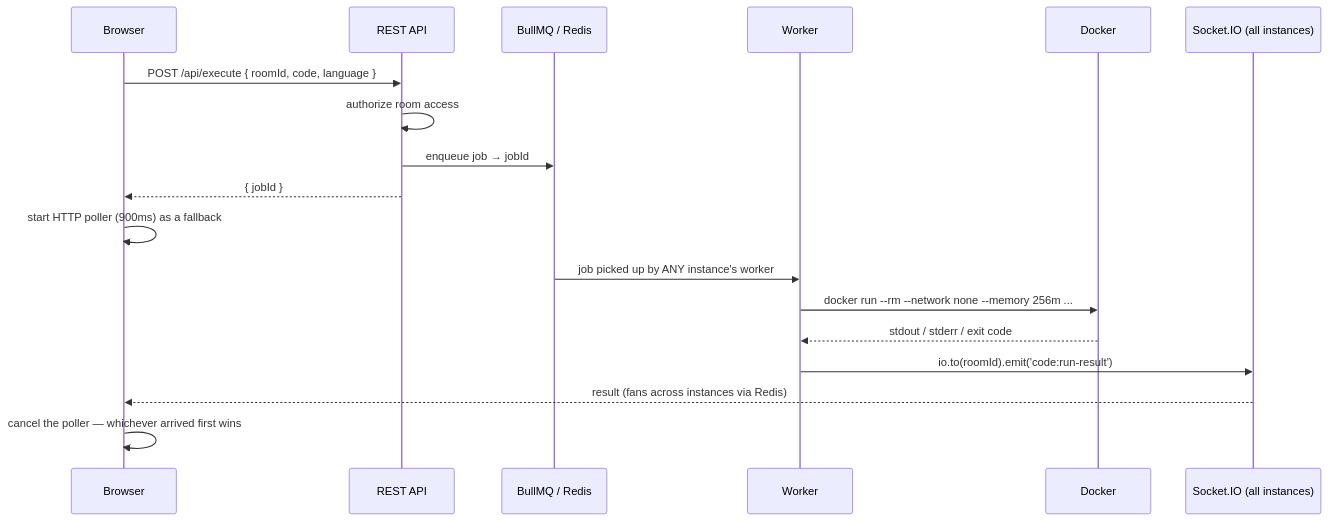
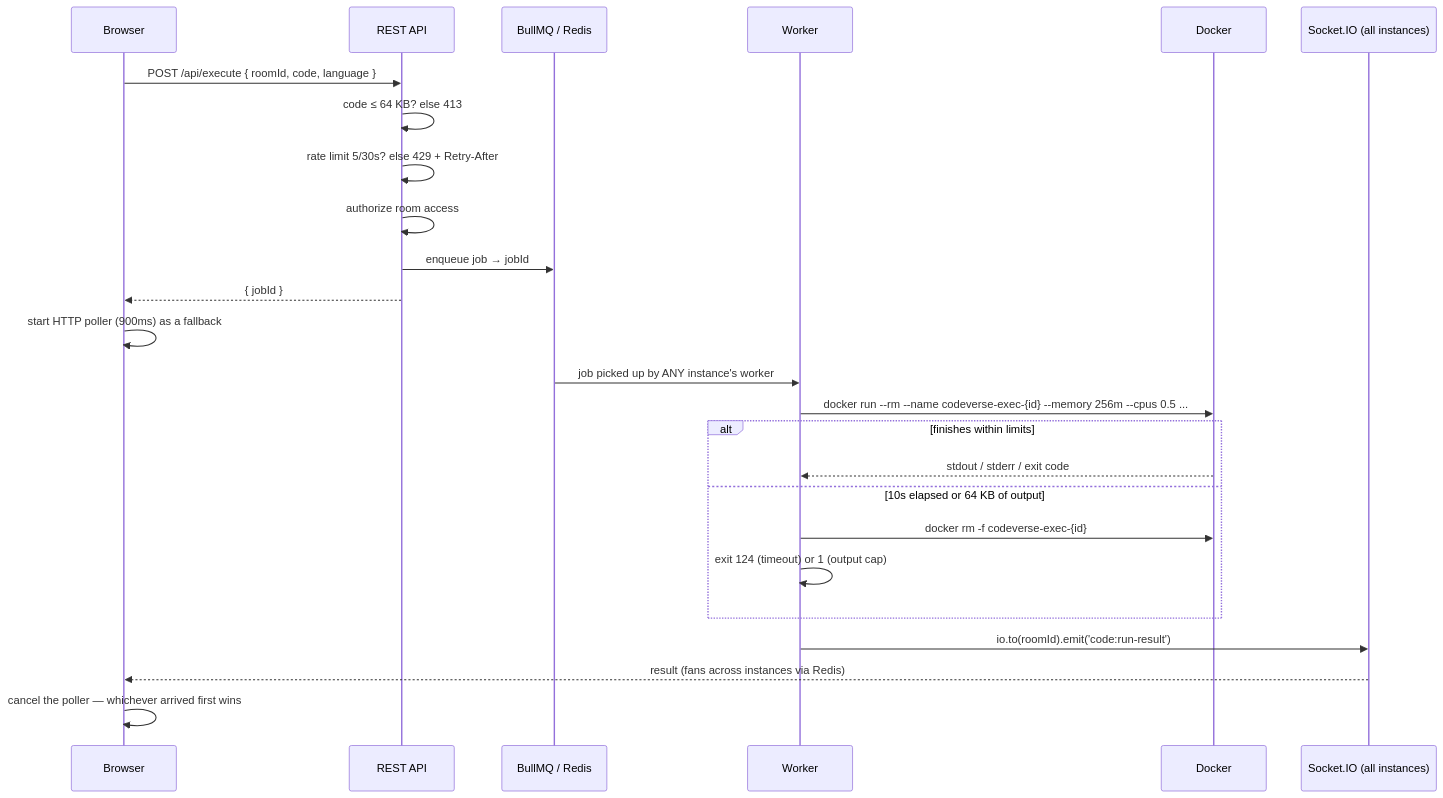
Before and after one commit to Parthgogia/CodeVerse: the seventh of 10 diagrams in ARCHITECTURE.md, drawn with Mermaid. The commit also changed other lines of this file and 22 other files, not shown here.

````diff
--- a/ARCHITECTURE.md
+++ b/ARCHITECTURE.md
@@ -400,21 +401,28 @@
 ```mermaid
 sequenceDiagram
     participant U as Browser
     participant API as REST API
     participant Q as BullMQ / Redis
     participant W as Worker
     participant D as Docker
     participant IO as Socket.IO (all instances)
 
     U->>API: POST /api/execute { roomId, code, language }
+    API->>API: code ≤ 64 KB? else 413
+    API->>API: rate limit 5/30s? else 429 + Retry-After
     API->>API: authorize room access
     API->>Q: enqueue job → jobId
     API-->>U: { jobId }
     U->>U: start HTTP poller (900ms) as a fallback
     Q->>W: job picked up by ANY instance's worker
-    W->>D: docker run --rm --network none --memory 256m ...
-    D-->>W: stdout / stderr / exit code
+    W->>D: docker run --rm --name codeverse-exec-{id} --memory 256m --cpus 0.5 ...
+    alt finishes within limits
+        D-->>W: stdout / stderr / exit code
+    else 10s elapsed or 64 KB of output
+        W->>D: docker rm -f codeverse-exec-{id}
+        W->>W: exit 124 (timeout) or 1 (output cap)
+    end
     W->>IO: io.to(roomId).emit('code:run-result')
     IO-->>U: result (fans across instances via Redis)
     U->>U: cancel the poller — whichever arrived first wins
 ```
````
